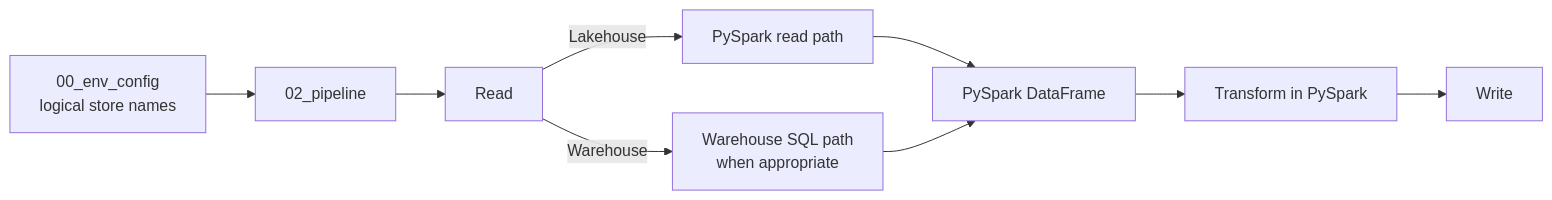
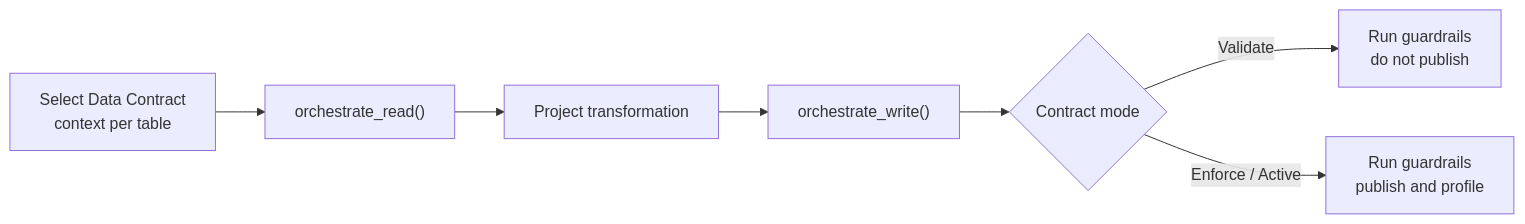
The second of 3 diagrams in docs/solutions/environment-aware-data-pipelines.md (Voycepeh/FabricOps-Starter-Kit), drawn with Mermaid before and after one commit. The commit also changed other lines of this file, not shown here.

````diff
--- a/docs/solutions/environment-aware-data-pipelines.md
+++ b/docs/solutions/environment-aware-data-pipelines.md
@@ -51,11 +111,9 @@
 ```mermaid
 flowchart LR
-    CONFIG["00_env_config<br/>logical store names"] --> PIPELINE["02_pipeline"]
-    PIPELINE --> READ["Read"]
-    READ -->|Lakehouse| SPARK["PySpark read path"]
-    READ -->|Warehouse| SQL["Warehouse SQL path<br/>when appropriate"]
-    SPARK --> DF["PySpark DataFrame"]
-    SQL --> DF
-    DF --> TRANSFORM["Transform in PySpark"]
-    TRANSFORM --> WRITE["Write"]
+    SELECT["Select Data Contract<br/>context per table"] --> READ["orchestrate_read()"]
+    READ --> TRANSFORM["Project transformation"]
+    TRANSFORM --> WRITE["orchestrate_write()"]
+    WRITE --> MODE{"Contract mode"}
+    MODE -->|Validate| VALIDATE["Run guardrails<br/>do not publish"]
+    MODE -->|Enforce / Active| PUBLISH["Run guardrails<br/>publish and profile"]
 ```
````
